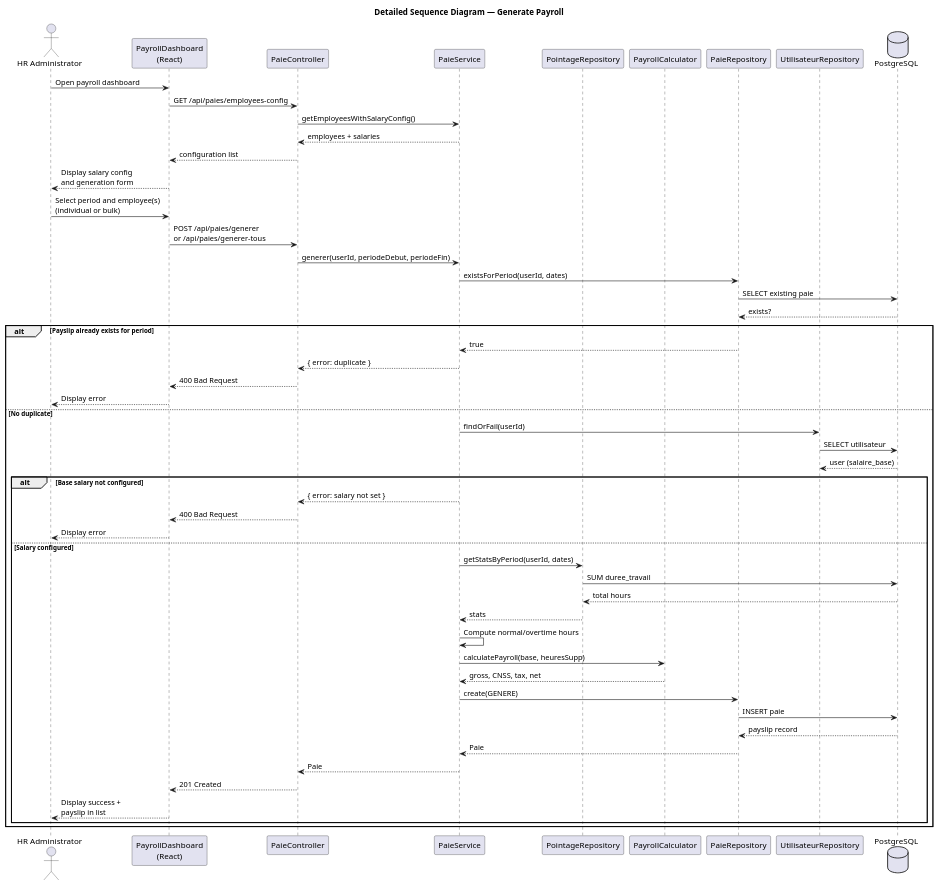
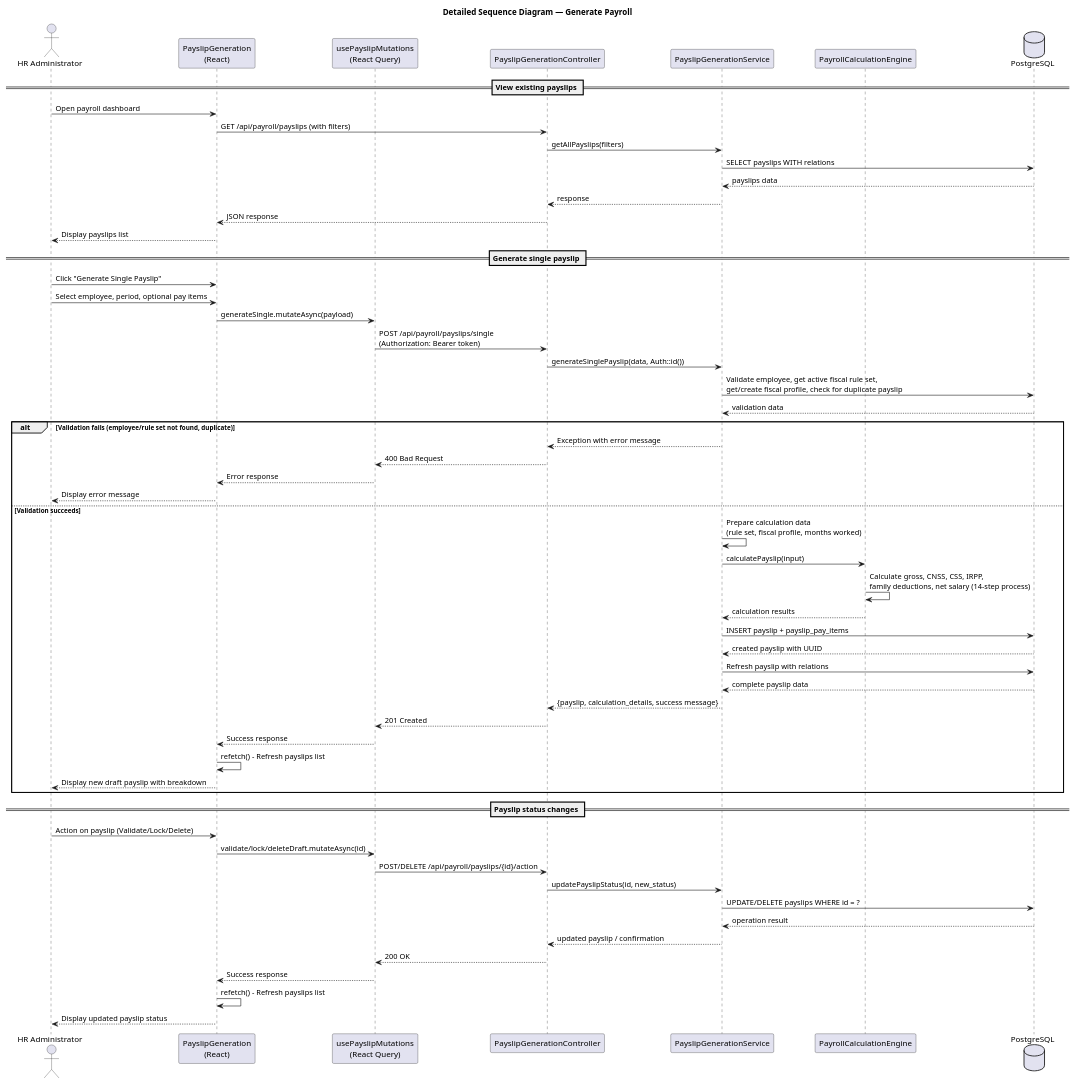
Before and after one commit to Dienbi/PFE-TacTic: the diagram in UML/release2/generate-payroll-sequence.puml, drawn with PlantUML. The commit also changed 46 other files, not shown here.

Commit message:
fixing problems, payroll history page , uml changes

```diff
--- a/UML/release2/generate-payroll-sequence.puml
+++ b/UML/release2/generate-payroll-sequence.puml
@@ -1,63 +1,72 @@
 @startuml generate_payroll_sequence
 title Detailed Sequence Diagram — Generate Payroll
 
 actor "HR Administrator" as HR
-participant "PayrollDashboard\n(React)" as UI
-participant "PaieController" as Controller
-participant "PaieService" as Service
-participant "PointageRepository" as PointageRepo
-participant "PayrollCalculator" as Calculator
-participant "PaieRepository" as PaieRepo
-participant "UtilisateurRepository" as UserRepo
+participant "PayslipGeneration\n(React)" as UI
+participant "usePayslipMutations\n(React Query)" as Mutations
+participant "PayslipGenerationController" as Controller
+participant "PayslipGenerationService" as Service
+participant "PayrollCalculationEngine" as Engine
 database "PostgreSQL" as DB
 
+== View existing payslips ==
+
 HR -> UI : Open payroll dashboard
-UI -> Controller : GET /api/paies/employees-config
-Controller -> Service : getEmployeesWithSalaryConfig()
-Service --> Controller : employees + salaries
-Controller --> UI : configuration list
-UI --> HR : Display salary config\nand generation form
+UI -> Controller : GET /api/payroll/payslips (with filters)
+Controller -> Service : getAllPayslips(filters)
+Service -> DB : SELECT payslips WITH relations
+DB --> Service : payslips data
+Service --> Controller : response
+Controller --> UI : JSON response
+UI --> HR : Display payslips list
 
-HR -> UI : Select period and employee(s)\n(individual or bulk)
-UI -> Controller : POST /api/paies/generer\nor /api/paies/generer-tous
-Controller -> Service : generer(userId, periodeDebut, periodeFin)
+== Generate single payslip ==
 
-Service -> PaieRepo : existsForPeriod(userId, dates)
-PaieRepo -> DB : SELECT existing paie
-DB --> PaieRepo : exists?
+HR -> UI : Click "Generate Single Payslip"
+HR -> UI : Select employee, period, optional pay items
+UI -> Mutations : generateSingle.mutateAsync(payload)
+Mutations -> Controller : POST /api/payroll/payslips/single\n(Authorization: Bearer token)
+Controller -> Service : generateSinglePayslip(data, Auth::id())
 
-alt Payslip already exists for period
-  PaieRepo --> Service : true
-  Service --> Controller : { error: duplicate }
-  Controller --> UI : 400 Bad Request
-  UI --> HR : Display error
-else No duplicate
-  Service -> UserRepo : findOrFail(userId)
-  UserRepo -> DB : SELECT utilisateur
-  DB --> UserRepo : user (salaire_base)
+Service -> DB : Validate employee, get active fiscal rule set,\nget/create fiscal profile, check for duplicate payslip
+DB --> Service : validation data
 
-  alt Base salary not configured
-    Service --> Controller : { error: salary not set }
-    Controller --> UI : 400 Bad Request
-    UI --> HR : Display error
-  else Salary configured
-    Service -> PointageRepo : getStatsByPeriod(userId, dates)
-    PointageRepo -> DB : SUM duree_travail
-    DB --> PointageRepo : total hours
-    PointageRepo --> Service : stats
+alt Validation fails (employee/rule set not found, duplicate)
+  Service --> Controller : Exception with error message
+  Controller --> Mutations : 400 Bad Request
+  Mutations --> UI : Error response
+  UI --> HR : Display error message
+else Validation succeeds
+  Service -> Service : Prepare calculation data\n(rule set, fiscal profile, months worked)
+  Service -> Engine : calculatePayslip(input)
+  Engine -> Engine : Calculate gross, CNSS, CSS, IRPP,\nfamily deductions, net salary (14-step process)
+  Engine --> Service : calculation results
 
-    Service -> Service : Compute normal/overtime hours
-    Service -> Calculator : calculatePayroll(base, heuresSupp)
-    Calculator --> Service : gross, CNSS, tax, net
+  Service -> DB : INSERT payslip + payslip_pay_items
+  DB --> Service : created payslip with UUID
 
-    Service -> PaieRepo : create(GENERE)
-    PaieRepo -> DB : INSERT paie
-    DB --> PaieRepo : payslip record
-    PaieRepo --> Service : Paie
-    Service --> Controller : Paie
-    Controller --> UI : 201 Created
-    UI --> HR : Display success +\npayslip in list
-  end
+  Service -> DB : Refresh payslip with relations
+  DB --> Service : complete payslip data
+
+  Service --> Controller : {payslip, calculation_details, success message}
+  Controller --> Mutations : 201 Created
+  Mutations --> UI : Success response
+  UI -> UI : refetch() - Refresh payslips list
+  UI --> HR : Display new draft payslip with breakdown
 end
 
+== Payslip status changes ==
+
+HR -> UI : Action on payslip (Validate/Lock/Delete)
+UI -> Mutations : validate/lock/deleteDraft.mutateAsync(id)
+Mutations -> Controller : POST/DELETE /api/payroll/payslips/{id}/action
+Controller -> Service : updatePayslipStatus(id, new_status)
+Service -> DB : UPDATE/DELETE payslips WHERE id = ?
+DB --> Service : operation result
+Service --> Controller : updated payslip / confirmation
+Controller --> Mutations : 200 OK
+Mutations --> UI : Success response
+UI -> UI : refetch() - Refresh payslips list
+UI --> HR : Display updated payslip status
+
 @enduml
```
